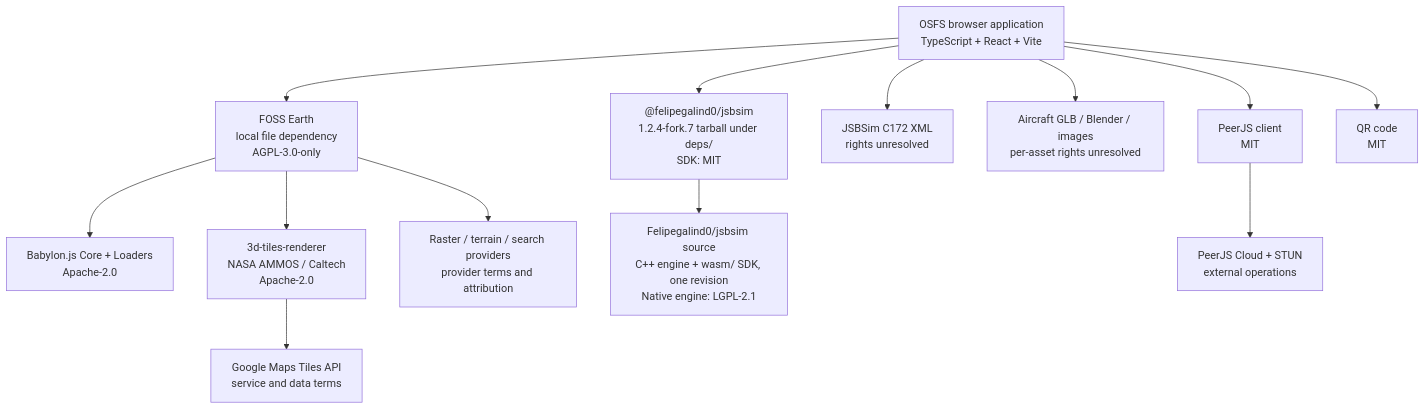
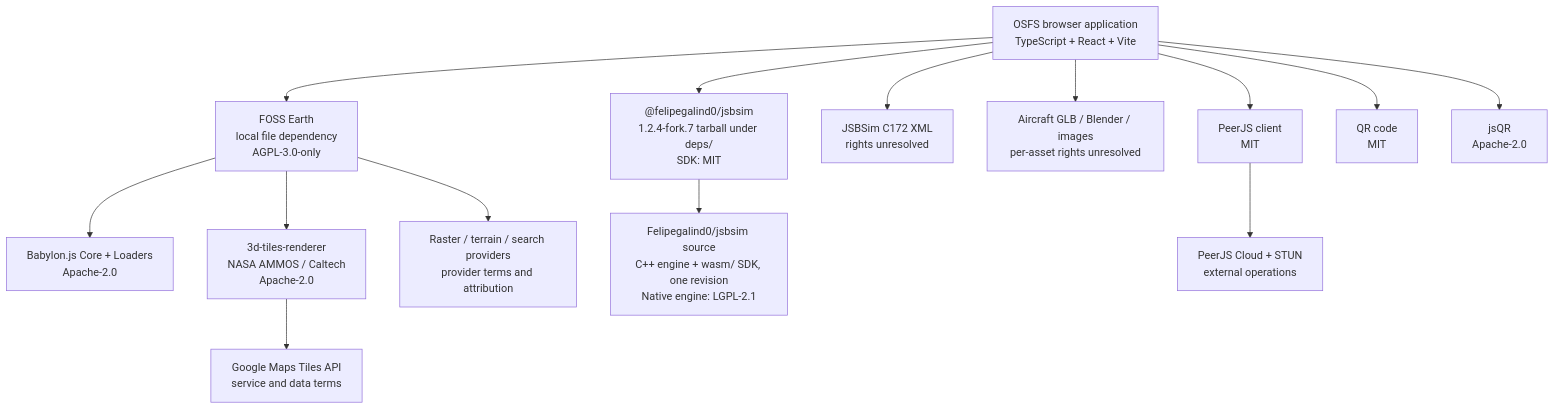
Before and after one commit to 0SFS/0SFS.github.io: the diagram in docs/software-dependency-graph.md, drawn with Mermaid. The commit also changed 34 other files, not shown here.

````diff
--- a/docs/software-dependency-graph.md
+++ b/docs/software-dependency-graph.md
@@ -25,28 +25,30 @@
 ```mermaid
 flowchart TB
   OSFS["OSFS browser application<br/>TypeScript + React + Vite"]
   FE["FOSS Earth<br/>local file dependency<br/>AGPL-3.0-only"]
   BJS["Babylon.js Core + Loaders<br/>Apache-2.0"]
   TILES["3d-tiles-renderer<br/>NASA AMMOS / Caltech<br/>Apache-2.0"]
   JSW["@felipegalind0/jsbsim<br/>1.2.4-fork.7 tarball under deps/<br/>SDK: MIT"]
   JSB["Felipegalind0/jsbsim source<br/>C++ engine + wasm/ SDK, one revision<br/>Native engine: LGPL-2.1"]
   DATA["JSBSim C172 XML<br/>rights unresolved"]
   ASSETS["Aircraft GLB / Blender / images<br/>per-asset rights unresolved"]
   PEER["PeerJS client<br/>MIT"]
   QR["QR code<br/>MIT"]
+  JSQR["jsQR<br/>Apache-2.0"]
   GOOGLE["Google Maps Tiles API<br/>service and data terms"]
   MAPS["Raster / terrain / search providers<br/>provider terms and attribution"]
   SIGNAL["PeerJS Cloud + STUN<br/>external operations"]
 
   OSFS --> FE
   OSFS --> JSW --> JSB
   OSFS --> DATA
   OSFS --> ASSETS
   OSFS --> PEER
   OSFS --> QR
+  OSFS --> JSQR
   FE --> BJS
   FE --> TILES
   TILES --> GOOGLE
   FE --> MAPS
   PEER --> SIGNAL
 ```
````
